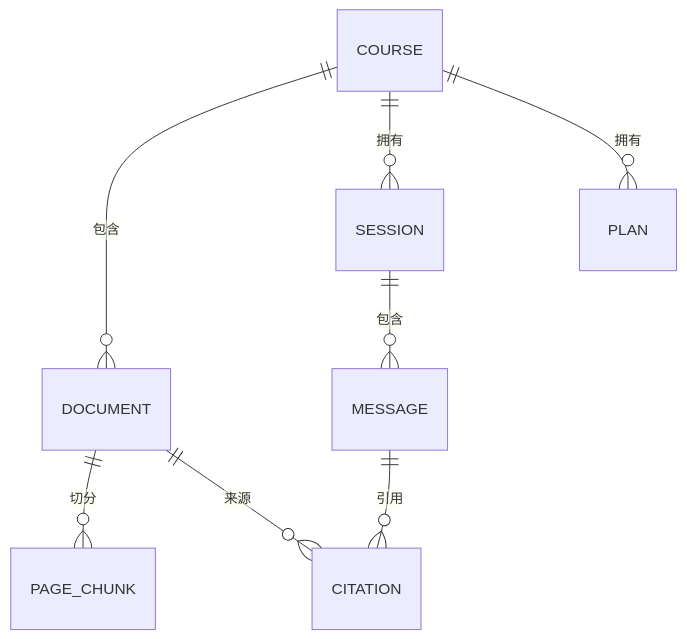
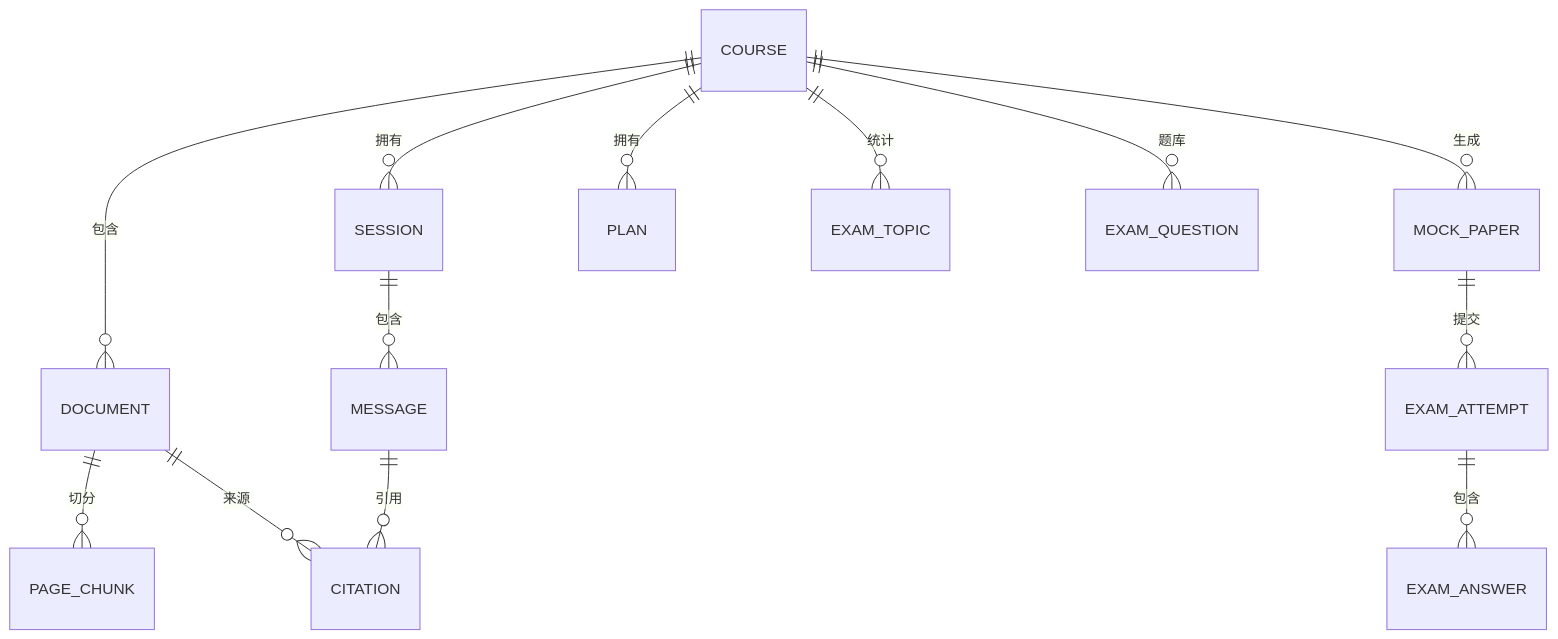
The second of 3 diagrams in docs/项目架构图-旧.md (kzh1458003655-web/StudyPilot), drawn with Mermaid before and after one commit. The commit also changed other lines of this file and 19 other files, not shown here.

Commit message:
feat: add course-scoped mock exam and assessment

````diff
--- a/docs/项目架构图-旧.md
+++ b/docs/项目架构图-旧.md
@@ -54,10 +57,15 @@
 ```mermaid
 erDiagram
     COURSE ||--o{ DOCUMENT : 包含
     COURSE ||--o{ SESSION : 拥有
     COURSE ||--o{ PLAN : 拥有
+    COURSE ||--o{ EXAM_TOPIC : 统计
+    COURSE ||--o{ EXAM_QUESTION : 题库
+    COURSE ||--o{ MOCK_PAPER : 生成
+    MOCK_PAPER ||--o{ EXAM_ATTEMPT : 提交
+    EXAM_ATTEMPT ||--o{ EXAM_ANSWER : 包含
     DOCUMENT ||--o{ PAGE_CHUNK : 切分
     SESSION ||--o{ MESSAGE : 包含
     MESSAGE ||--o{ CITATION : 引用
     DOCUMENT ||--o{ CITATION : 来源
 ```
````
